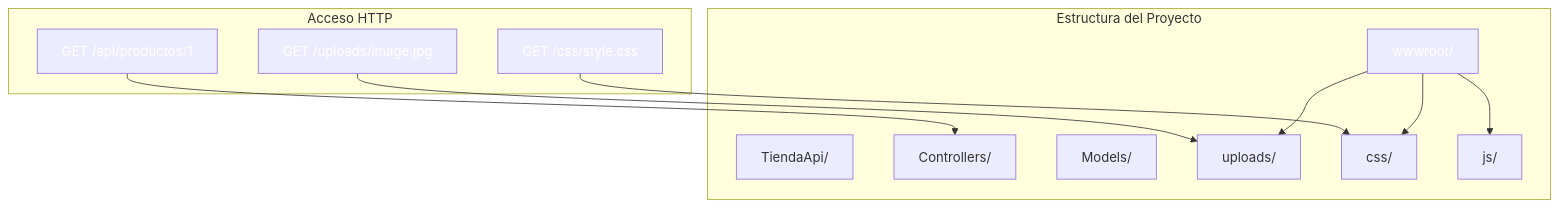
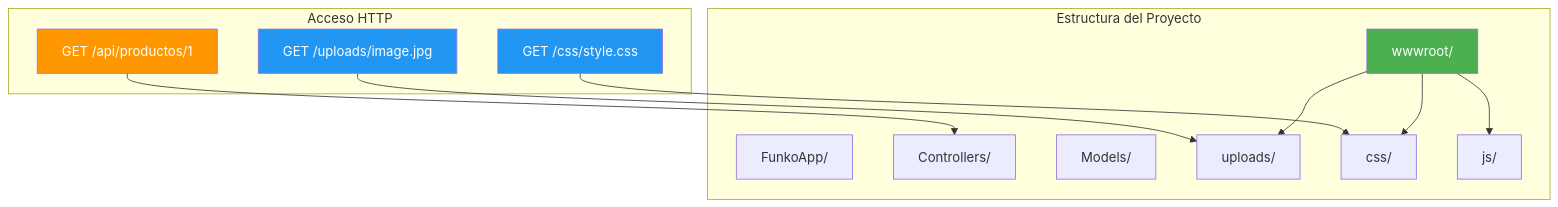
Before and after one commit to joseluisgs/DesarrolloWebEntornosServidor-02-2026-2027: the second of 3 diagrams in 20-file-storage.md, drawn with Mermaid. The commit also changed other lines of this file and 29 other files, not shown here.

Commit message:
docs: corregir estilos Mermaid y estilo, quitar referencias a la Tienda y reestructurar los retos 13 y 15

````diff
--- a/20-file-storage.md
+++ b/20-file-storage.md
@@ -169,23 +169,23 @@
 ```mermaid
 graph TD
     subgraph "Estructura del Proyecto"
-        A[TiendaApi/]
+        A[FunkoApp/]
         B[wwwroot/]
         C[Controllers/]
         D[Models/]
         B --> B1[uploads/]
         B --> B2[css/]
         B --> B3[js/]
     end
     
     subgraph "Acceso HTTP"
         G[GET /uploads/image.jpg] --> B1
         H[GET /css/style.css] --> B2
         I[GET /api/productos/1] --> C
     end
     
-    style B fill:#4CAF5,color:#fff0,color:#fff
-    style G fill:#2196F,color:#fff3,color:#fff
-    style H fill:#2196F,color:#fff3,color:#fff
-    style I fill:#FF980,color:#fff0,color:#fff
+    style B fill:#4CAF50,color:#fff
+    style G fill:#2196F3,color:#fff
+    style H fill:#2196F3,color:#fff
+    style I fill:#FF9800,color:#fff
 ```
````
